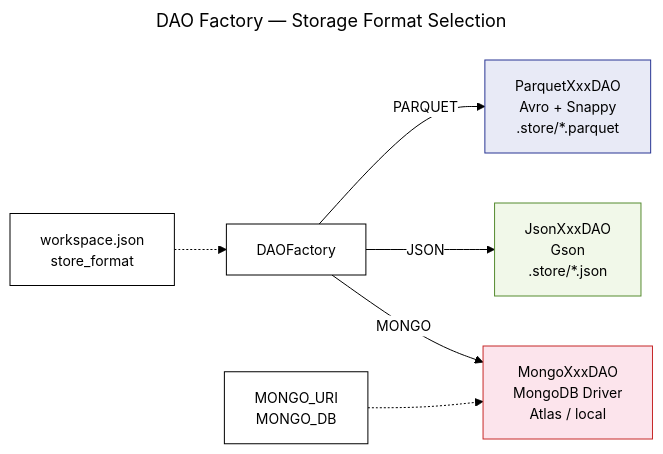
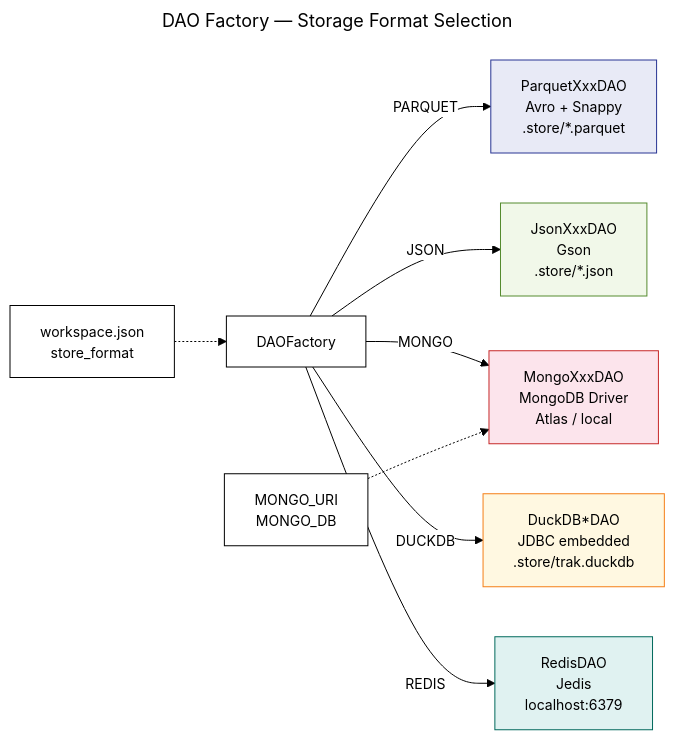
One commit to magana272/TaskTrac changed the tenth of 11 diagrams in docs/DIAGRAM.md. Above: the diagram before and after it, drawn with Mermaid. The commit also changed other lines of this file and 3 other files, not shown here.

First line of the commit message:
Update docs for DuckDB, Redis, timer, sprint lifecycle, settings, undecorated frame

````diff
--- a/docs/DIAGRAM.md
+++ b/docs/DIAGRAM.md
@@ -420,25 +429,29 @@
 ```mermaid
 ---
 config:
   theme: base
   themeVariables:
     primaryColor: '#ffffff'
     primaryTextColor: '#000000'
     primaryBorderColor: '#000000'
     lineColor: '#000000'
     fontFamily: 'Georgia, Times New Roman, serif'
     fontSize: '14px'
 title: DAO Factory — Storage Format Selection
 ---
 flowchart LR
     DAO[DAOFactory] -->|PARQUET| PQ[ParquetXxxDAO<br>Avro + Snappy<br>.store/*.parquet]
     DAO -->|JSON| JS[JsonXxxDAO<br>Gson<br>.store/*.json]
     DAO -->|MONGO| MG[MongoXxxDAO<br>MongoDB Driver<br>Atlas / local]
+    DAO -->|DUCKDB| DK[DuckDB*DAO<br>JDBC embedded<br>.store/trak.duckdb]
+    DAO -->|REDIS| RD[RedisDAO<br>Jedis<br>localhost:6379]
 
     Config[workspace.json<br>store_format] -.-> DAO
     ENV[MONGO_URI<br>MONGO_DB] -.-> MG
 
     style PQ fill:#e8eaf6,stroke:#283593
     style JS fill:#f1f8e9,stroke:#558b2f
     style MG fill:#fce4ec,stroke:#c62828
+    style DK fill:#fff8e1,stroke:#f57f17
+    style RD fill:#e0f2f1,stroke:#00695c
 ```
````
